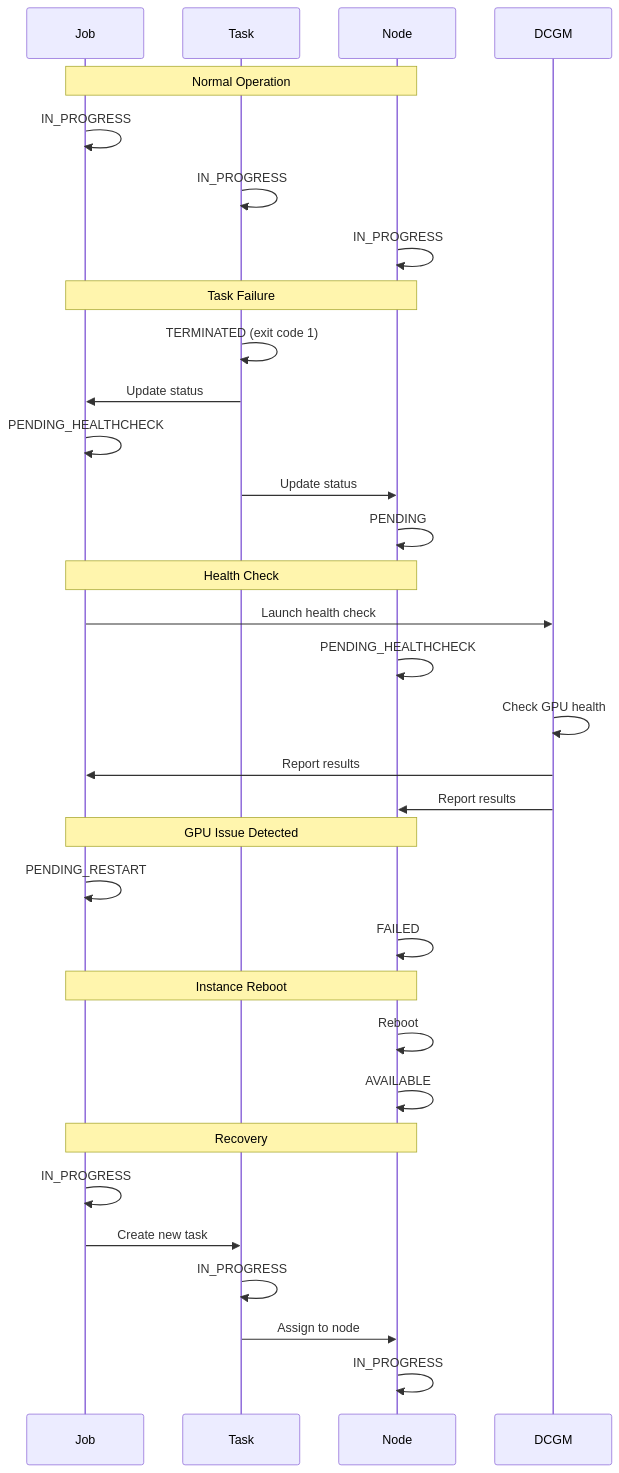
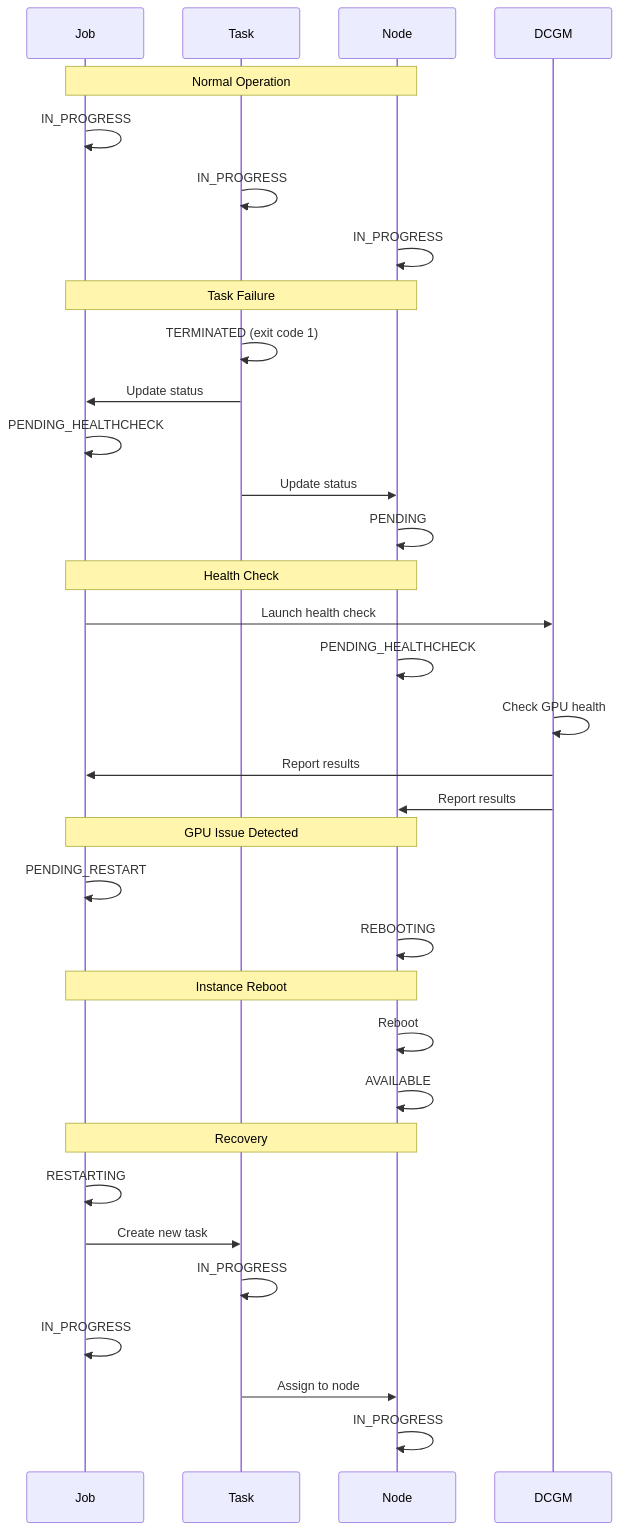
The second of 2 diagrams in docs/state_graphs_summary.md (yubingjiaocn/ecs-gpu-recovery), drawn with Mermaid before and after one commit. The commit also changed other lines of this file and 8 other files, not shown here.

````diff
--- a/docs/state_graphs_summary.md
+++ b/docs/state_graphs_summary.md
@@ -67,41 +81,42 @@
 ```mermaid
 sequenceDiagram
     participant Job
     participant Task
     participant Node
     participant DCGM
 
     Note over Job,Node: Normal Operation
     Job->>Job: IN_PROGRESS
     Task->>Task: IN_PROGRESS
     Node->>Node: IN_PROGRESS
 
     Note over Job,Node: Task Failure
     Task->>Task: TERMINATED (exit code 1)
     Task->>Job: Update status
     Job->>Job: PENDING_HEALTHCHECK
     Task->>Node: Update status
     Node->>Node: PENDING
 
     Note over Job,Node: Health Check
     Job->>DCGM: Launch health check
     Node->>Node: PENDING_HEALTHCHECK
     DCGM->>DCGM: Check GPU health
     DCGM->>Job: Report results
     DCGM->>Node: Report results
 
     Note over Job,Node: GPU Issue Detected
     Job->>Job: PENDING_RESTART
-    Node->>Node: FAILED
+    Node->>Node: REBOOTING
 
     Note over Job,Node: Instance Reboot
     Node->>Node: Reboot
     Node->>Node: AVAILABLE
 
     Note over Job,Node: Recovery
-    Job->>Job: IN_PROGRESS
+    Job->>Job: RESTARTING
     Job->>Task: Create new task
     Task->>Task: IN_PROGRESS
+    Job->>Job: IN_PROGRESS
     Task->>Node: Assign to node
     Node->>Node: IN_PROGRESS
 ```
````
